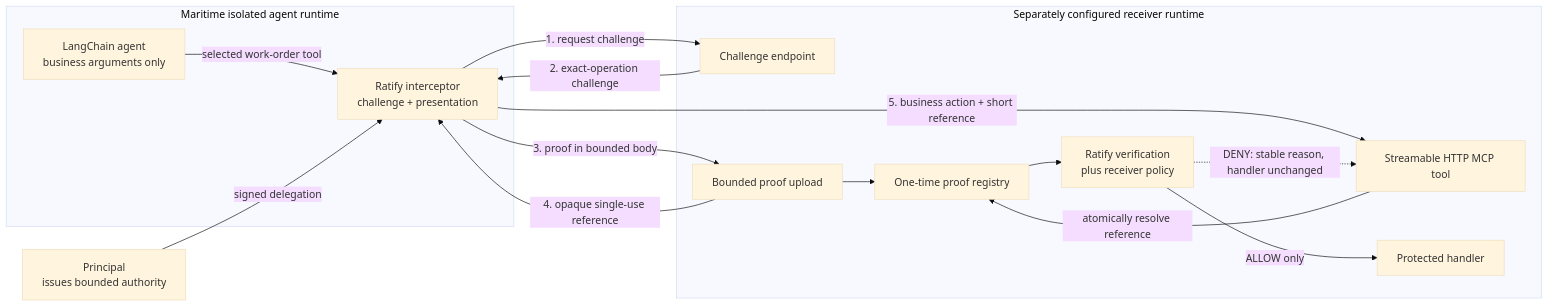
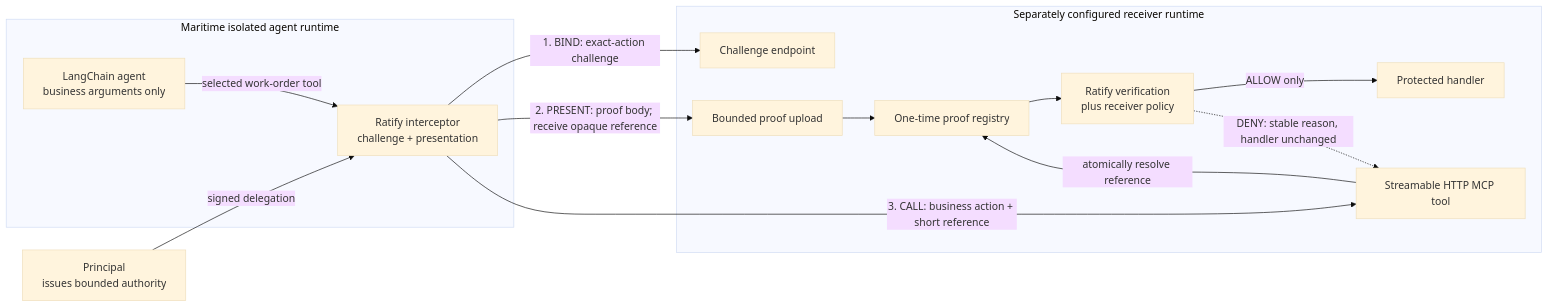
The diagram in docs/architecture/phase-1-flow.mmd (identities-ai/ratify-maritime-reference), drawn with Mermaid (base theme) before and after one commit. The commit also changed other lines of this file and 1 other file, not shown here.

Commit message:
Clarify Maritime authority flow diagram

```diff
--- a/docs/architecture/phase-1-flow.mmd
+++ b/docs/architecture/phase-1-flow.mmd
@@ -1,25 +1,23 @@
 flowchart LR
     P[Principal\nissues bounded authority]
     subgraph M[Maritime isolated agent runtime]
       L[LangChain agent\nbusiness arguments only]
       I[Ratify interceptor\nchallenge + presentation]
       L -->|selected work-order tool| I
     end
     subgraph R[Separately configured receiver runtime]
       C[Challenge endpoint]
       U[Bounded proof upload]
       O[One-time proof registry]
       MCP[Streamable HTTP MCP tool]
       V[Ratify verification\nplus receiver policy]
       H[Protected handler]
       U --> O
       MCP -->|atomically resolve reference| O
       O --> V -->|ALLOW only| H
     end
     P -->|signed delegation| I
-    I -->|1. request challenge| C
-    C -->|2. exact-operation challenge| I
-    I -->|3. proof in bounded body| U
-    U -->|4. opaque single-use reference| I
-    I -->|5. business action + short reference| MCP
+    I -->|1. BIND: exact-action challenge| C
+    I -->|2. PRESENT: proof body; receive opaque reference| U
+    I -->|3. CALL: business action + short reference| MCP
     V -.->|DENY: stable reason, handler unchanged| MCP
```
